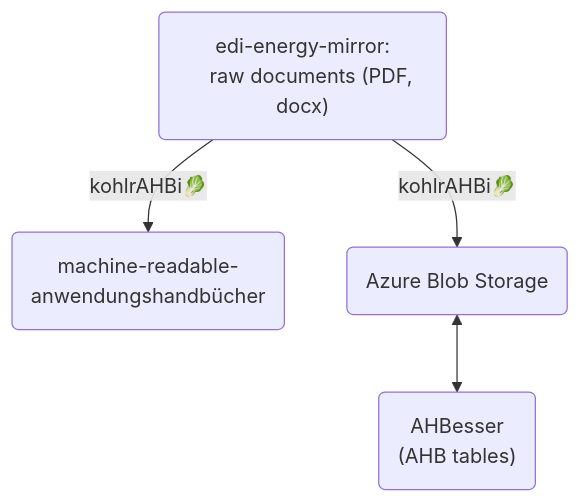
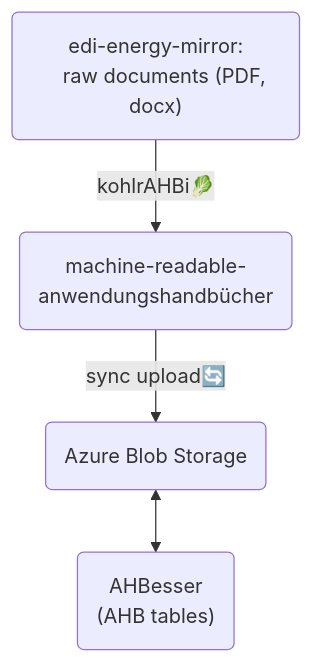
The diagram in README.md (Hochfrequenz/ahbesser), drawn with Mermaid before and after one commit.

Commit message:
Update Architecture Diagram

````diff
--- a/README.md
+++ b/README.md
@@ -7,9 +7,9 @@
 ```mermaid
 flowchart TD
     A("edi-energy-mirror:
     raw documents (PDF, docx)") -->|kohlrAHBi🥬| B("machine-readable-
     anwendungshandbücher")
-    A -->|kohlrAHBi🥬| C("Azure Blob Storage")
+    B -->|sync upload🔄| C("Azure Blob Storage")
     C <--> D("AHBesser
     (AHB tables)")
 ```
````
